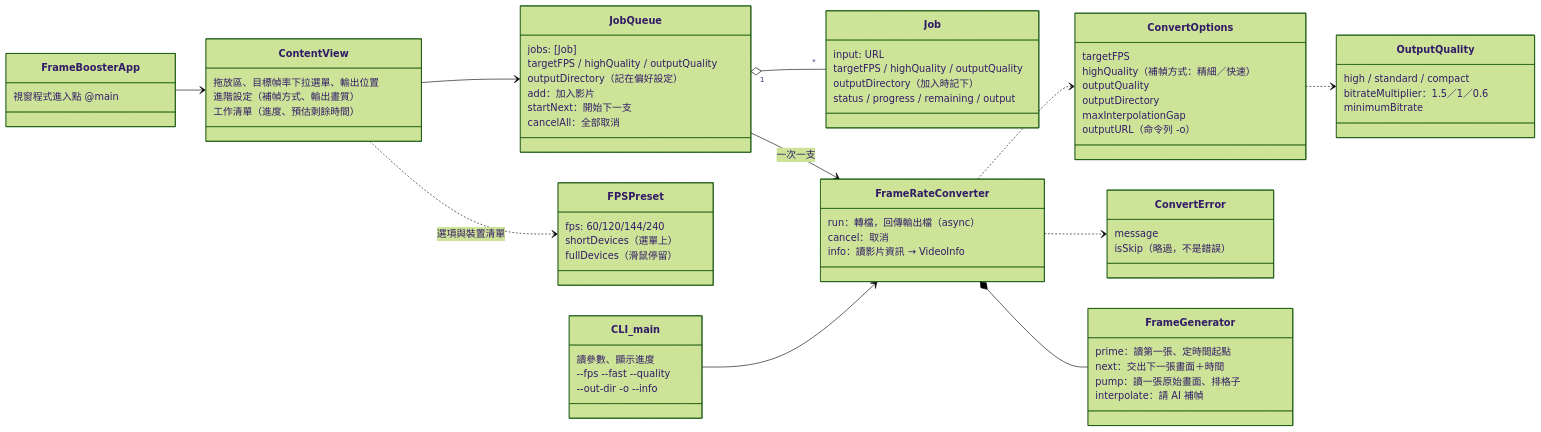
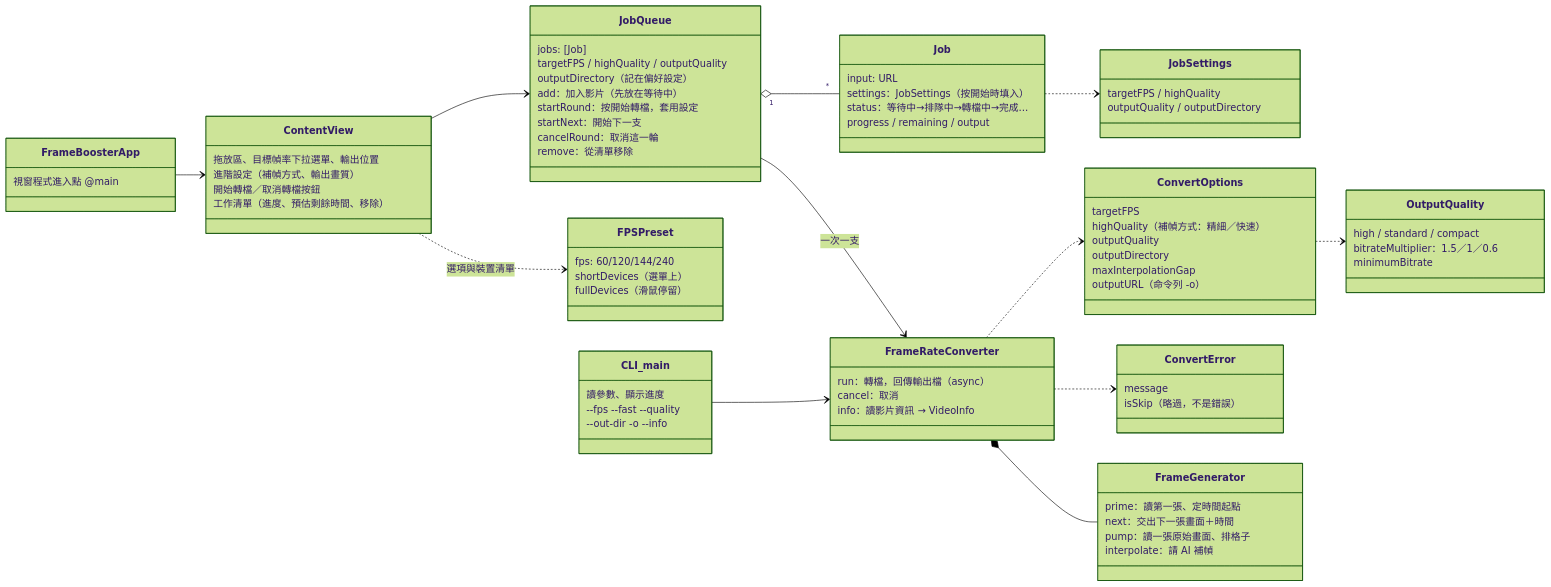
One commit to WebberningMoney/frame-booster changed the second of 6 diagrams in docs/ARCHITECTURE.md. Above: the diagram before and after it, drawn with Mermaid (forest theme). The commit also changed other lines of this file and 10 other files, not shown here.

````diff
--- a/docs/ARCHITECTURE.md
+++ b/docs/ARCHITECTURE.md
@@ -70,74 +70,82 @@
 ```mermaid
 classDiagram
     direction LR
     class FrameBoosterApp {
         視窗程式進入點 @main
     }
     class ContentView {
         拖放區、目標幀率下拉選單、輸出位置
         進階設定（補幀方式、輸出畫質）
-        工作清單（進度、預估剩餘時間）
+        開始轉檔／取消轉檔按鈕
+        工作清單（進度、預估剩餘時間、移除）
     }
     class JobQueue {
         jobs: [Job]
         targetFPS / highQuality / outputQuality
         outputDirectory（記在偏好設定）
-        add：加入影片
+        add：加入影片（先放在等待中）
+        startRound：按開始轉檔，套用設定
         startNext：開始下一支
-        cancelAll：全部取消
+        cancelRound：取消這一輪
+        remove：從清單移除
     }
     class Job {
         input: URL
-        targetFPS / highQuality / outputQuality
-        outputDirectory（加入時記下）
-        status / progress / remaining / output
+        settings：JobSettings（按開始時填入）
+        status：等待中→排隊中→轉檔中→完成…
+        progress / remaining / output
+    }
+    class JobSettings {
+        targetFPS / highQuality
+        outputQuality / outputDirectory
     }
     class FPSPreset {
         fps: 60/120/144/240
         shortDevices（選單上）
         fullDevices（滑鼠停留）
     }
     class CLI_main {
         讀參數、顯示進度
         --fps --fast --quality
         --out-dir -o --info
     }
     class FrameRateConverter {
         run：轉檔，回傳輸出檔（async）
         cancel：取消
         info：讀影片資訊 → VideoInfo
     }
     class ConvertOptions {
         targetFPS
         highQuality（補幀方式：精細／快速）
         outputQuality
         outputDirectory
         maxInterpolationGap
         outputURL（命令列 -o）
     }
     class OutputQuality {
         high / standard / compact
         bitrateMultiplier：1.5／1／0.6
         minimumBitrate
     }
     class ConvertError {
         message
         isSkip（略過，不是錯誤）
     }
     class FrameGenerator {
         prime：讀第一張、定時間起點
         next：交出下一張畫面＋時間
         pump：讀一張原始畫面、排格子
         interpolate：請 AI 補幀
     }
     FrameBoosterApp --> ContentView
     ContentView --> JobQueue
     ContentView ..> FPSPreset : 選項與裝置清單
     JobQueue "1" o-- "*" Job
+    Job ..> JobSettings
     JobQueue --> FrameRateConverter : 一次一支
     CLI_main --> FrameRateConverter
     FrameRateConverter ..> ConvertOptions
     ConvertOptions ..> OutputQuality
     FrameRateConverter ..> ConvertError
     FrameRateConverter *-- FrameGenerator
 ```
````
